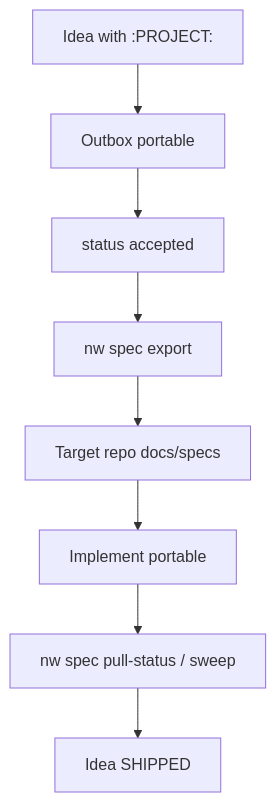
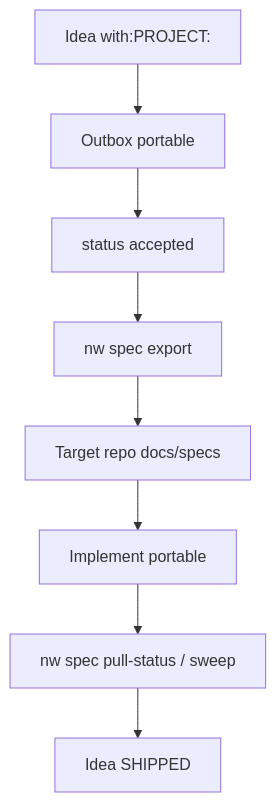
One commit to brunosmmm/nightwright changed the third of 4 diagrams in docs/product/concepts/workflows.md. Above: the diagram before and after it, drawn with Mermaid. The commit also changed other lines of this file and 38 other files, not shown here.

````diff
--- a/docs/product/concepts/workflows.md
+++ b/docs/product/concepts/workflows.md
@@ -48,10 +48,10 @@
 ```mermaid
 flowchart TD
-  A[Idea with :PROJECT:] --> B[Outbox portable]
+  A[Idea with:PROJECT:] --> B[Outbox portable]
   B --> C[status accepted]
   C --> D[nw spec export]
   D --> E[Target repo docs/specs]
   E --> F[Implement portable]
   F --> G[nw spec pull-status / sweep]
   G --> H[Idea SHIPPED]
 ```
````
